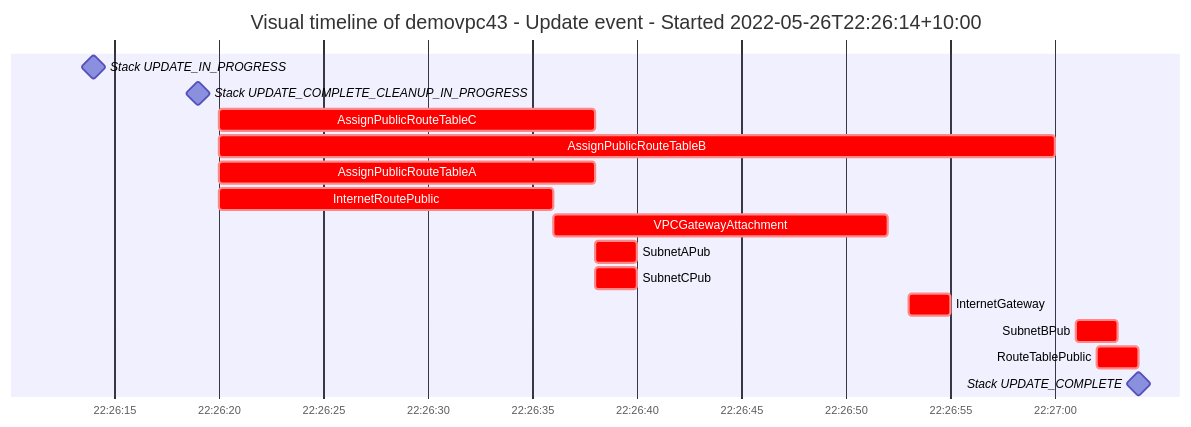
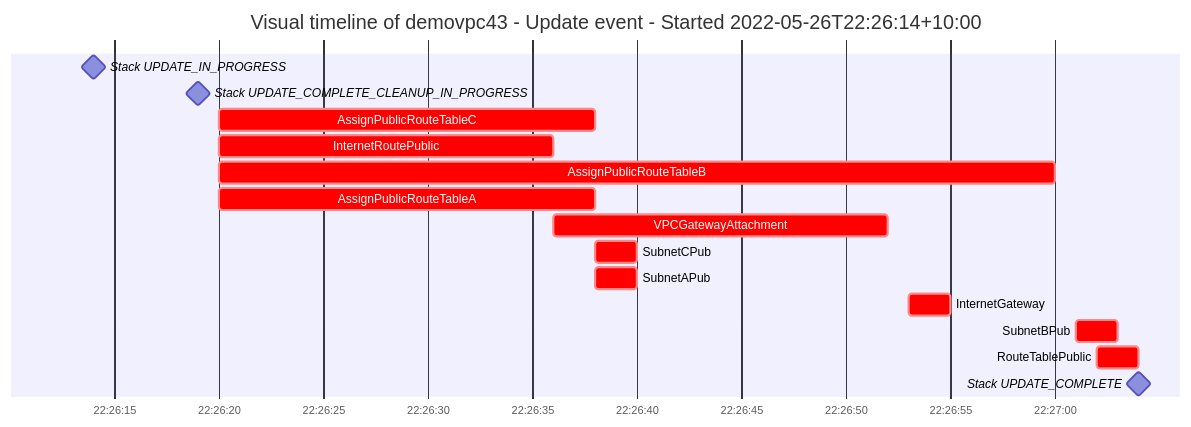
The third of 4 diagrams in docs/fog-report-demo.md (ArjenSchwarz/fog), drawn with Mermaid before and after one commit. The commit also changed other lines of this file and 2 other files, not shown here.

````diff
--- a/docs/fog-report-demo.md
+++ b/docs/fog-report-demo.md
@@ -103,19 +103,19 @@
 ```mermaid
 gantt
 	title Visual timeline of demovpc43 - Update event - Started 2022-05-26T22:26:14+10:00
 	dateFormat HH:mm:ss
 	axisFormat %H:%M:%S
 	Stack UPDATE_IN_PROGRESS	:milestone, 22:26:14 , 0s
 	Stack UPDATE_COMPLETE_CLEANUP_IN_PROGRESS	:milestone, 22:26:19 , 0s
 	AssignPublicRouteTableC	:crit, 22:26:20 , 18s
+	InternetRoutePublic	:crit, 22:26:20 , 16s
 	AssignPublicRouteTableB	:crit, 22:26:20 , 40s
 	AssignPublicRouteTableA	:crit, 22:26:20 , 18s
-	InternetRoutePublic	:crit, 22:26:20 , 16s
 	VPCGatewayAttachment	:crit, 22:26:36 , 16s
+	SubnetCPub	:crit, 22:26:38 , 2s
 	SubnetAPub	:crit, 22:26:38 , 2s
-	SubnetCPub	:crit, 22:26:38 , 2s
 	InternetGateway	:crit, 22:26:53 , 2s
 	SubnetBPub	:crit, 22:27:01 , 2s
 	RouteTablePublic	:crit, 22:27:02 , 2s
 	Stack UPDATE_COMPLETE	:milestone, 22:27:04 , 0s
 ```
````
